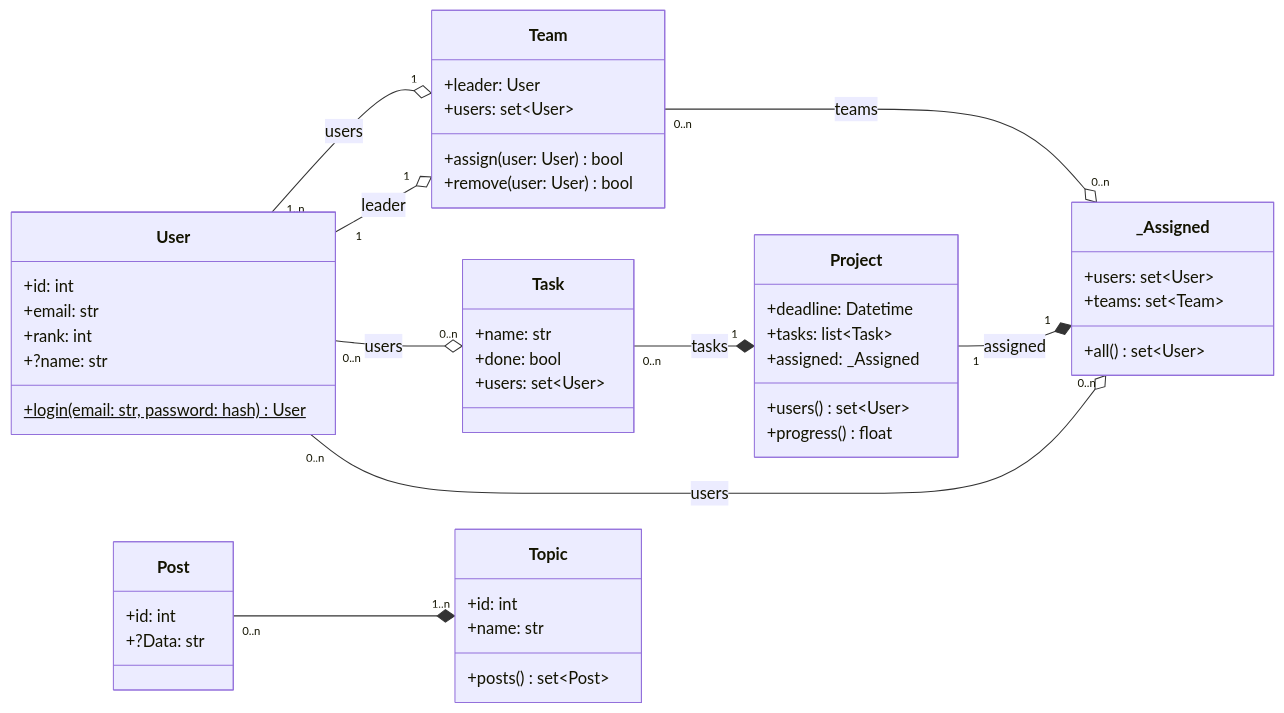
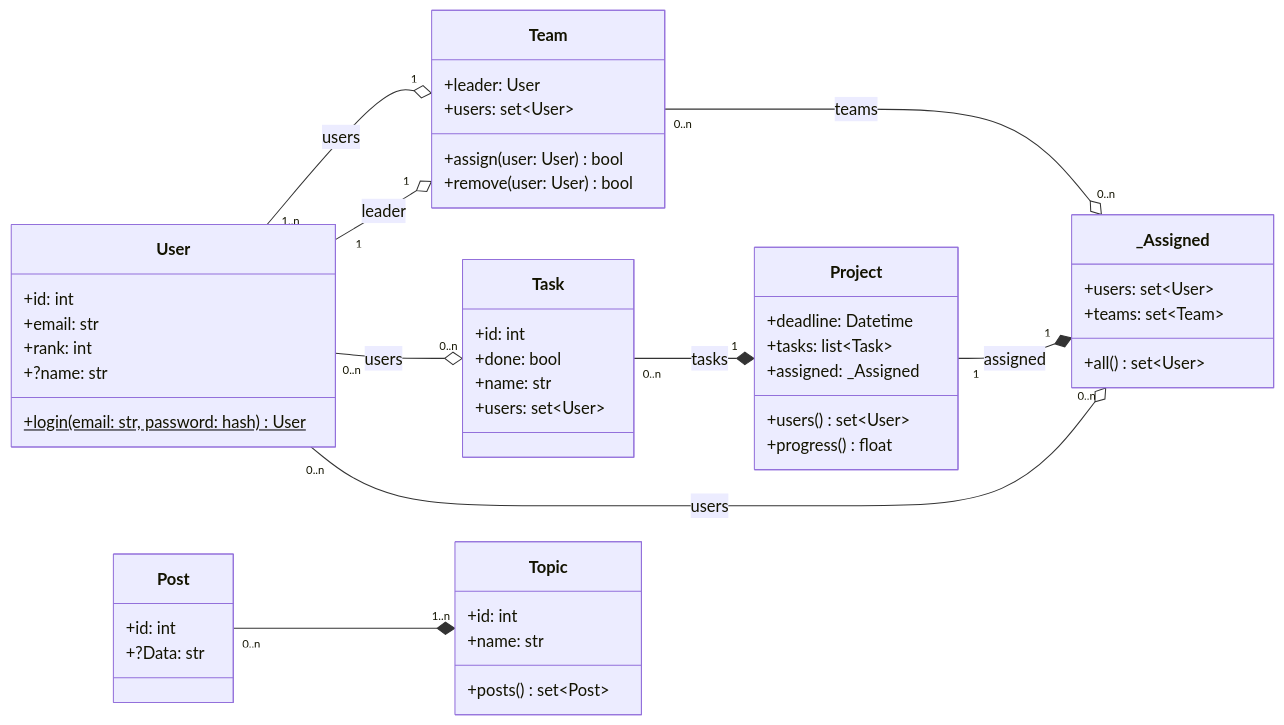
One commit to TWoolhouse/lboroCW-Trelno changed the first of 2 diagrams in design/data_design.md. Above: the diagram before and after it, drawn with Mermaid.

Commit message:
user: added ID to class to match DB

````diff
--- a/design/data_design.md
+++ b/design/data_design.md
@@ -3,55 +3,56 @@
 ```mermaid
 classDiagram
 direction LR
 
 User "1..n" --o "1" Team: users
 User "1" --o "1" Team: leader
 class User {
   +id: int
   +email: str
   +rank: int
   +?name: str
   +login(email: str, password: hash)$ User
 }
 class Team {
   +leader: User
   +users: set~User~
   +assign(user: User) bool
   +remove(user: User) bool
 }
 
 Task "0..n" --* "1" Project: tasks
 User "0..n" --o "0..n" Task: users
 class Task {
+  +id: int
+  +done: bool
   +name: str
-  +done: bool
   +users: set~User~
 }
 Project "1" --* "1" _Assigned: assigned
 class Project {
   +deadline: Datetime
   +tasks: list~Task~
   +assigned: _Assigned
   +users() set~User~
   +progress() float
 }
 User "0..n" --o "0..n" _Assigned: users
 Team "0..n" --o "0..n" _Assigned: teams
 class _Assigned {
 	+users: set~User~
 	+teams: set~Team~
 	+all() set~User~
 }
 
 Post "0..n" --* "1..n" Topic
 class Post {
 	+id: int
 	+?Data: str
 }
 class Topic {
 	+id: int
 	+name: str
 	+posts() set~Post~
 }
 
 ```
````
